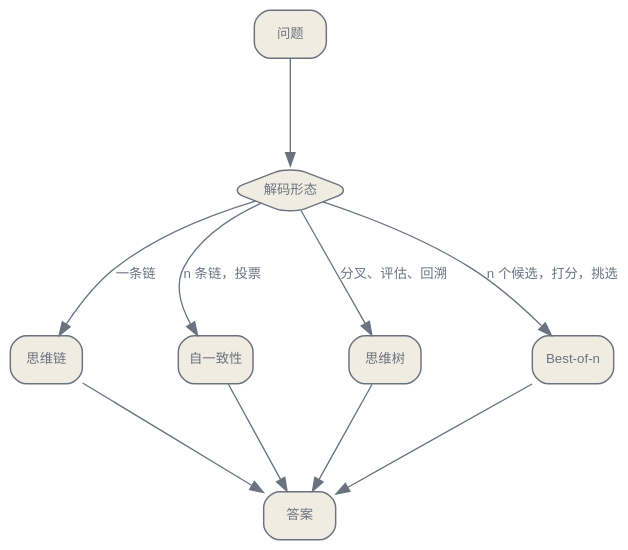
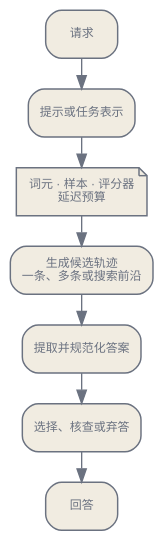
Before and after one commit to latere-ai/ai-as-an-infrastructure: the first of 3 diagrams in zh/reasoning/01-eliciting-reasoning.qmd, drawn with Graphviz. The commit also changed other lines of this file and 3 other files, not shown here.

````diff
--- a/zh/reasoning/01-eliciting-reasoning.qmd
+++ b/zh/reasoning/01-eliciting-reasoning.qmd
@@ -13,27 +21,21 @@
 ```{dot}
 //| label: fig-eliciting-reasoning-shapes
-//| fig-cap: "从一个固定模型引出并选择推理的四种解码形态。每一种都比贪心解码花费更多推断算力，只是结构不同。"
+//| fig-cap: "固定权重下的推理引出流水线。提示改变条件生成，提取器让答案可以相互比较，选择器再把候选集变成一项回答。预算约束所有阶段。"
 digraph {
   bgcolor="transparent";
   rankdir=TB;
-  nodesep=1.0; ranksep=1.1;
-  node [shape=box, style="rounded,filled", fontname="Helvetica", fontsize=10, color="#6b7280", fontcolor="#6b7280", fillcolor="#f1ece1", penwidth=1.1];
-  edge [fontsize=10, fontname="Helvetica", color="#6b7280", fontcolor="#6b7280"];
-  Q [label="问题"];
-  M [label="解码形态", shape=diamond];
-  CoT [label="思维链"];
-  SC [label="自一致性"];
-  ToT [label="思维树"];
-  BoN [label="Best-of-n"];
-  A [label="答案"];
-  Q -> M;
-  M -> CoT [label="一条链"];
-  M -> SC [label="n 条链，投票"];
-  M -> ToT [label="分叉、评估、回溯"];
-  M -> BoN [label="n 个候选，打分，挑选"];
-  CoT -> A;
-  SC -> A;
-  ToT -> A;
-  BoN -> A;
+  nodesep=0.24; ranksep=0.32;
+  node [shape=box, style="rounded,filled", fontname="Helvetica", fontsize=9, color="#6b7280", fontcolor="#6b7280", fillcolor="#f1ece1", penwidth=1.1];
+  edge [fontsize=8.5, fontname="Helvetica", color="#6b7280", fontcolor="#6b7280"];
+
+  request [label="请求"];
+  prepare [label="提示或任务表示"];
+  generate [label="生成候选轨迹\n一条、多条或搜索前沿"];
+  extract [label="提取并规范化答案"];
+  select [label="选择、核查或弃答"];
+  response [label="回答"];
+  budget [label="词元 · 样本 · 评分器\n延迟预算", shape=note];
+
+  request -> prepare -> budget -> generate -> extract -> select -> response;
 }
 ```
````
